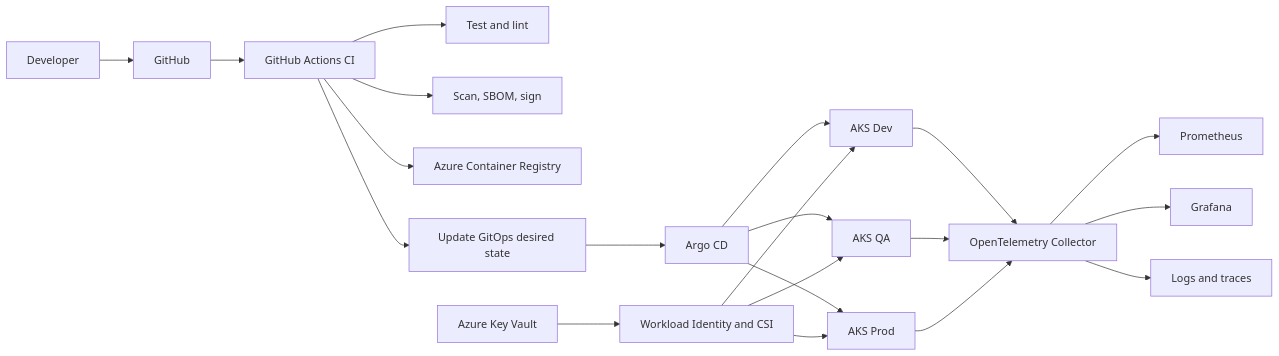
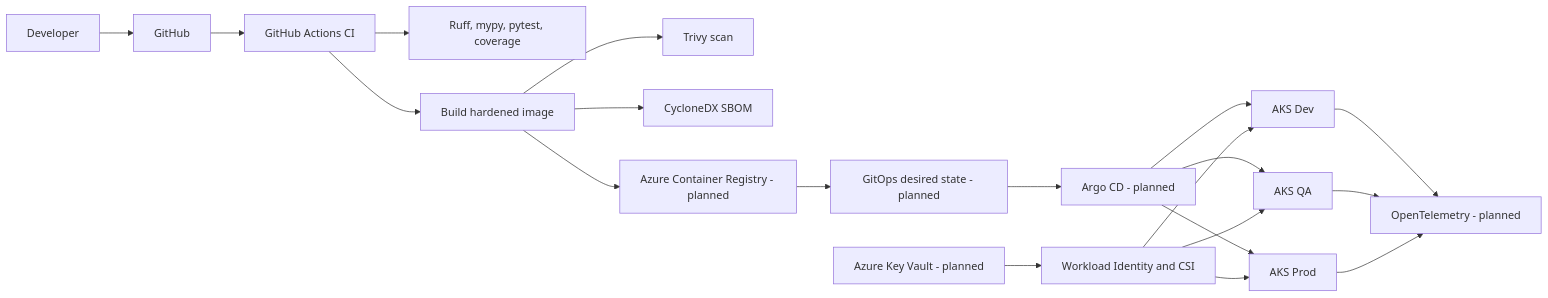
The diagram in README.md (harshilamin/enterprise-aks-gitops-platform), drawn with Mermaid before and after one commit. The commit also changed other lines of this file and 46 other files, not shown here.

````diff
--- a/README.md
+++ b/README.md
@@ -47,26 +51,26 @@
 ```mermaid
 flowchart LR
-    Dev[Developer] --> GitHub[GitHub]
+    Developer[Developer] --> GitHub[GitHub]
     GitHub --> CI[GitHub Actions CI]
-    CI --> Test[Test and lint]
-    CI --> Scan[Scan, SBOM, sign]
-    CI --> ACR[Azure Container Registry]
-    CI --> Desired[Update GitOps desired state]
 
-    Desired --> Argo[Argo CD]
-    Argo --> AKSDev[AKS Dev]
-    Argo --> AKSQA[AKS QA]
-    Argo --> AKSProd[AKS Prod]
+    CI --> Quality[Ruff, mypy, pytest, coverage]
+    CI --> Build[Build hardened image]
+    Build --> Scan[Trivy scan]
+    Build --> SBOM[CycloneDX SBOM]
+    Build --> ACR[Azure Container Registry - planned]
 
-    KeyVault[Azure Key Vault] --> Identity[Workload Identity and CSI]
-    Identity --> AKSDev
-    Identity --> AKSQA
-    Identity --> AKSProd
+    ACR --> GitOps[GitOps desired state - planned]
+    GitOps --> Argo[Argo CD - planned]
+    Argo --> Dev[AKS Dev]
+    Argo --> QA[AKS QA]
+    Argo --> Prod[AKS Prod]
 
-    AKSDev --> OTel[OpenTelemetry Collector]
-    AKSQA --> OTel
-    AKSProd --> OTel
-    OTel --> Prom[Prometheus]
-    OTel --> Grafana[Grafana]
-    OTel --> Logs[Logs and traces]
+    KeyVault[Azure Key Vault - planned] --> Identity[Workload Identity and CSI]
+    Identity --> Dev
+    Identity --> QA
+    Identity --> Prod
+
+    Dev --> OTel[OpenTelemetry - planned]
+    QA --> OTel
+    Prod --> OTel
 ```
````
